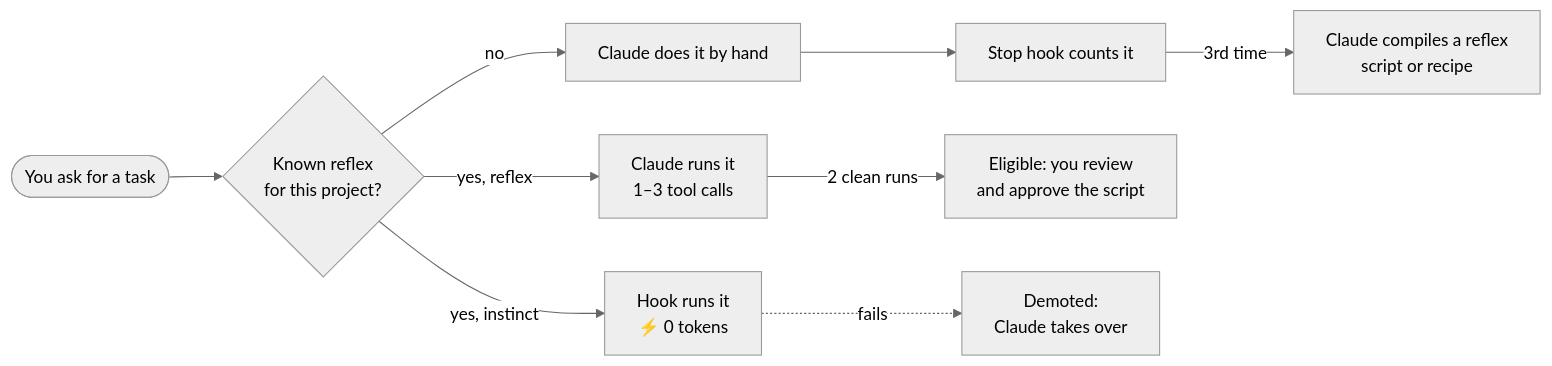
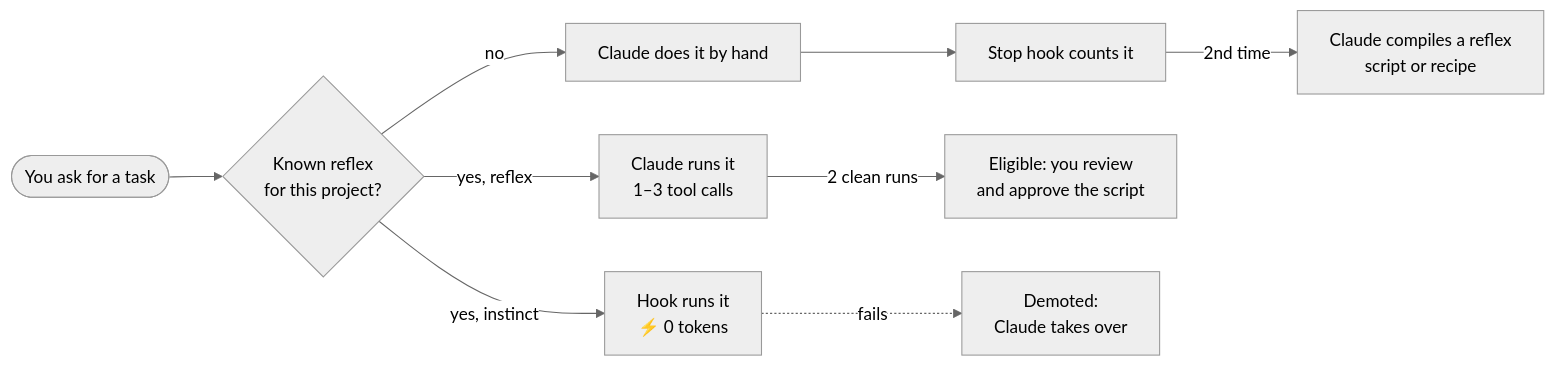
Before and after one commit to kabirshah4/muscle-memory: the diagram in README.md, drawn with Mermaid (neutral theme). The commit also changed other lines of this file and 3 other files, not shown here.

````diff
--- a/README.md
+++ b/README.md
@@ -56,11 +56,11 @@
 ```mermaid
 flowchart LR
     A([You ask for a task]) --> B{Known reflex<br>for this project?}
     B -- no --> C[Claude does it by hand]
     C --> D[Stop hook counts it]
-    D -- 3rd time --> E[Claude compiles a reflex<br>script or recipe]
+    D -- 2nd time --> E[Claude compiles a reflex<br>script or recipe]
     B -- yes, reflex --> F[Claude runs it<br>1–3 tool calls]
     F -- 2 clean runs --> G[Eligible: you review<br>and approve the script]
     B -- yes, instinct --> H[Hook runs it<br>⚡ 0 tokens]
     H -. fails .-> I[Demoted:<br>Claude takes over]
 ```
````
